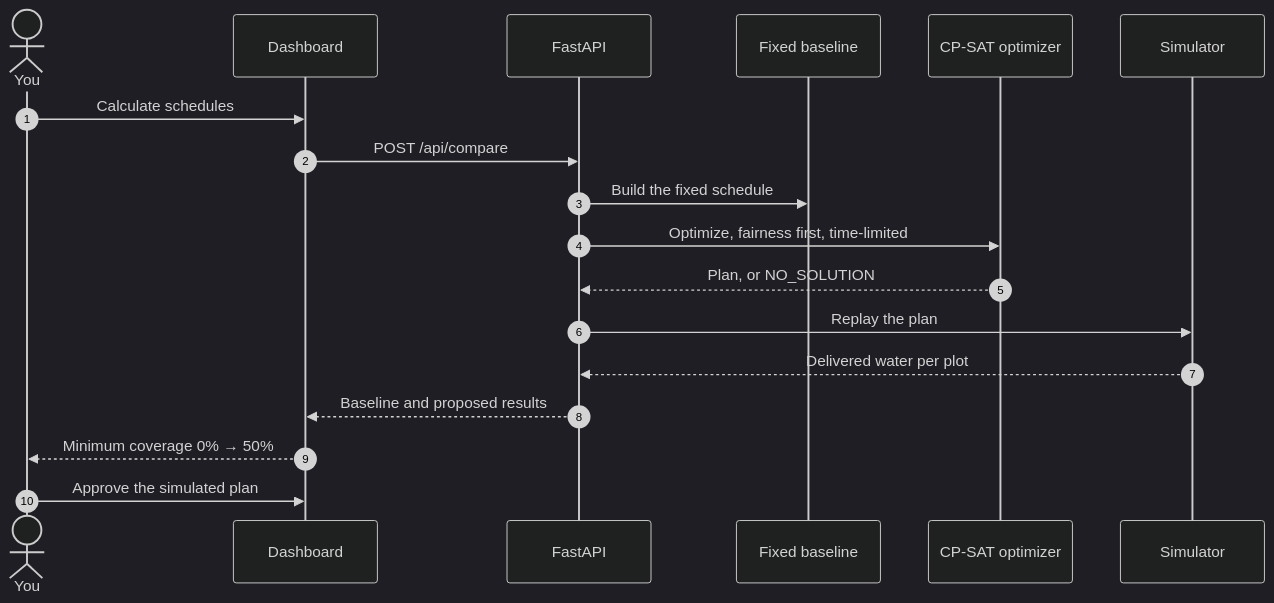
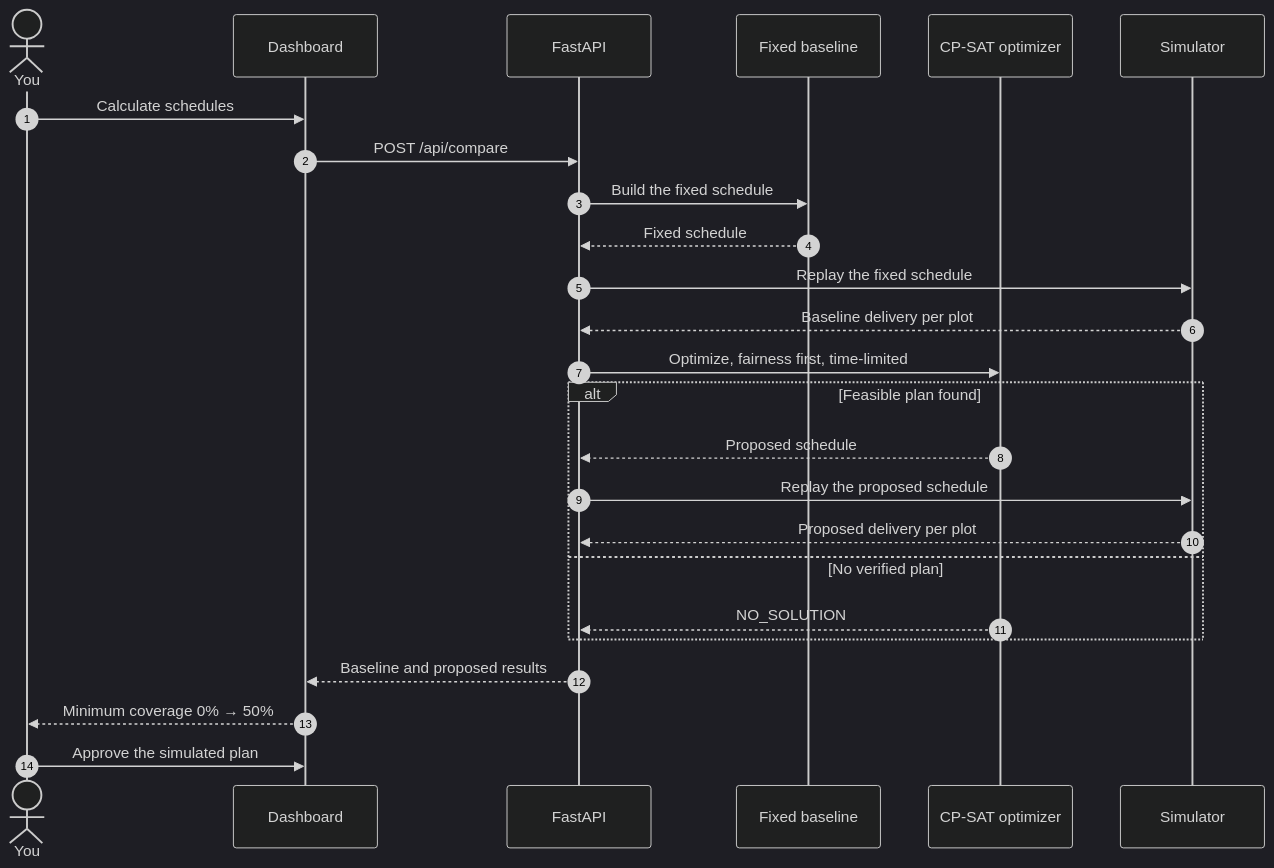
The second of 4 diagrams in README.md (omarfh111/MIZUHO), drawn with Mermaid (dark theme) before and after one commit. The commit also changed other lines of this file, not shown here.

Commit message:
Align the four README diagrams with the connected app

````diff
--- a/README.md
+++ b/README.md
@@ -80,21 +82,30 @@
 ```mermaid
 sequenceDiagram
+  accTitle: Comparing irrigation schedules during an outage
+  accDescr: FastAPI evaluates the fixed schedule first, then verifies an optimized plan when the solver finds one.
   autonumber
   actor You
   participant D as Dashboard
   participant A as FastAPI
   participant B as Fixed baseline
   participant O as CP-SAT optimizer
   participant S as Simulator
 
   You->>D: Calculate schedules
   D->>A: POST /api/compare
   A->>B: Build the fixed schedule
+  B-->>A: Fixed schedule
+  A->>S: Replay the fixed schedule
+  S-->>A: Baseline delivery per plot
   A->>O: Optimize, fairness first, time-limited
-  O-->>A: Plan, or NO_SOLUTION
-  A->>S: Replay the plan
-  S-->>A: Delivered water per plot
+  alt Feasible plan found
+    O-->>A: Proposed schedule
+    A->>S: Replay the proposed schedule
+    S-->>A: Proposed delivery per plot
+  else No verified plan
+    O-->>A: NO_SOLUTION
+  end
   A-->>D: Baseline and proposed results
   D-->>You: Minimum coverage 0% → 50%
   You->>D: Approve the simulated plan
 ```
````
